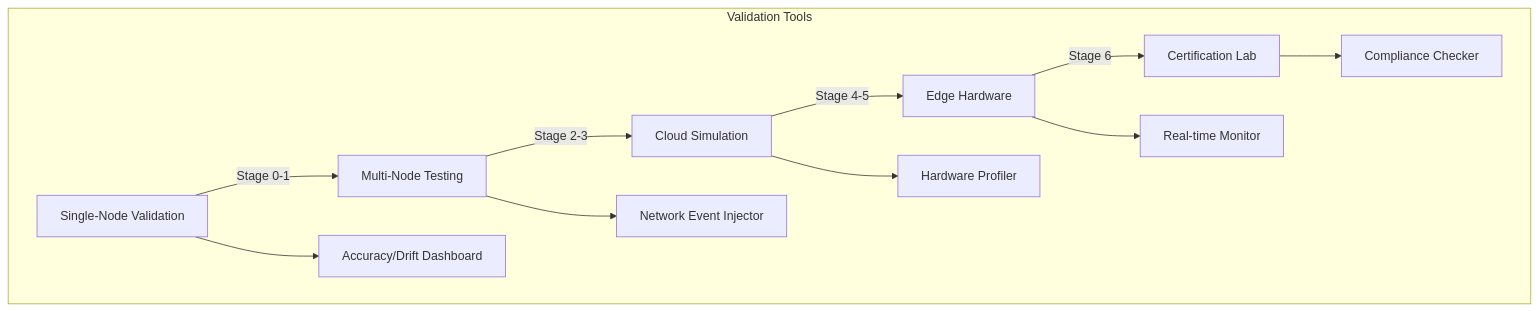
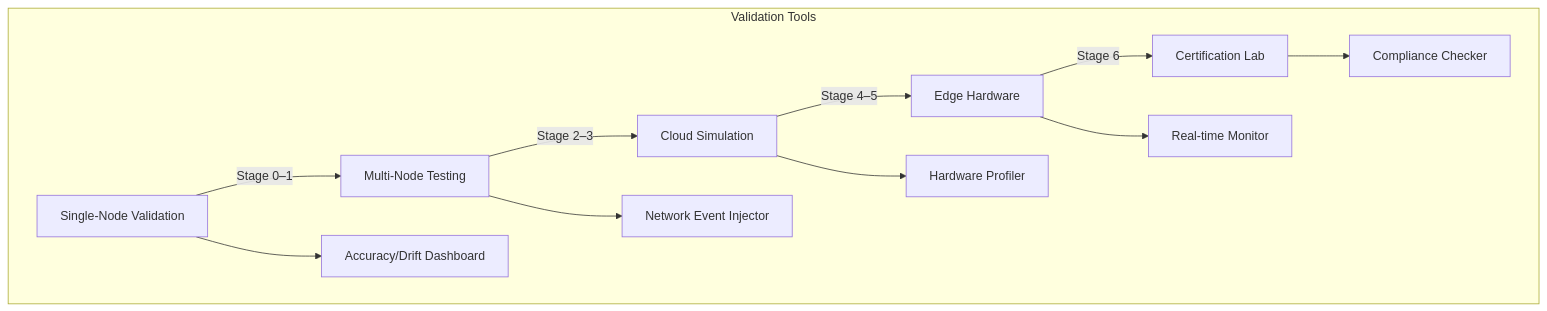
The first of 2 diagrams in docs/kasmina_implementation.md (tachyon-beep/kaslite), drawn with Mermaid before and after one commit. The commit also changed other lines of this file and 1 other file, not shown here.

````diff
--- a/docs/kasmina_implementation.md
+++ b/docs/kasmina_implementation.md
@@ -45,15 +49,15 @@
 ```mermaid
 graph TD
-    A[Single-Node Validation] -->|Stage 0-1| B[Multi-Node Testing]
-    B -->|Stage 2-3| C[Cloud Simulation]
-    C -->|Stage 4-5| D[Edge Hardware]
+    A[Single-Node Validation] -->|Stage 0–1| B[Multi-Node Testing]
+    B -->|Stage 2–3| C[Cloud Simulation]
+    C -->|Stage 4–5| D[Edge Hardware]
     D -->|Stage 6| E[Certification Lab]
     
     subgraph Validation Tools
-        A --> F[Accuracy/Drift Dashboard]
-        B --> G[Network Event Injector]
-        C --> H[Hardware Profiler]
-        D --> I[Real-time Monitor]
-        E --> J[Compliance Checker]
+      A --> F[Accuracy/Drift Dashboard]
+      B --> G[Network Event Injector]
+      C --> H[Hardware Profiler]
+      D --> I[Real-time Monitor]
+      E --> J[Compliance Checker]
     end
 ```
````
